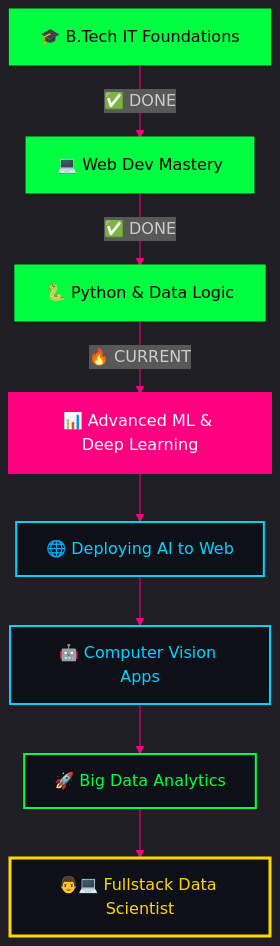
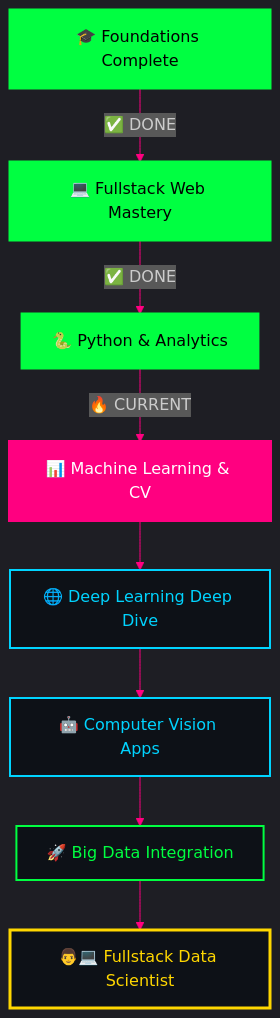
One commit to satyajitpratihar07/satyajitpratihar07 changed the diagram in README.md. Above: the diagram before and after it, drawn with Mermaid. The commit also changed other lines of this file, not shown here.

````diff
--- a/README.md
+++ b/README.md
@@ -321,20 +421,20 @@
 ```mermaid
 %%{init: {'theme':'dark', 'themeVariables': { 'darkMode':'true', 'primaryColor':'#00ff41', 'primaryTextColor':'#fff', 'primaryBorderColor':'#00ff41', 'lineColor':'#ff0080', 'secondaryColor':'#00d4ff', 'tertiaryColor':'#0d1117'}}}%%
 graph TB
-    A[🎓 B.Tech IT Foundations] -->|✅ DONE| B[💻 Web Dev Mastery]
-    B -->|✅ DONE| C[🐍 Python & Data Logic]
-    C -->|🔥 CURRENT| D[📊 Advanced ML & Deep Learning]
-    D --> E[🌐 Deploying AI to Web]
+    A[🎓 Foundations Complete] -->|✅ DONE| B[💻 Fullstack Web Mastery]
+    B -->|✅ DONE| C[🐍 Python & Analytics]
+    C -->|🔥 CURRENT| D[📊 Machine Learning & CV]
+    D --> E[🌐 Deep Learning Deep Dive]
     E --> F[🤖 Computer Vision Apps]
-    F --> G[🚀 Big Data Analytics]
+    F --> G[🚀 Big Data Integration]
     G --> H[👨💻 Fullstack Data Scientist]
     
     style A fill:#00ff41,stroke:#00ff41,color:#000,stroke-width:3px
     style B fill:#00ff41,stroke:#00ff41,color:#000,stroke-width:3px
     style C fill:#00ff41,stroke:#00ff41,color:#000,stroke-width:3px
     style D fill:#ff0080,stroke:#ff0080,color:#fff,stroke-width:4px
     style E fill:#0d1117,stroke:#00d4ff,color:#00d4ff,stroke-width:2px
     style F fill:#0d1117,stroke:#00d4ff,color:#00d4ff,stroke-width:2px
     style G fill:#0d1117,stroke:#00ff41,color:#00ff41,stroke-width:2px
     style H fill:#0d1117,stroke:#FFD700,color:#FFD700,stroke-width:3px
 ```
````
